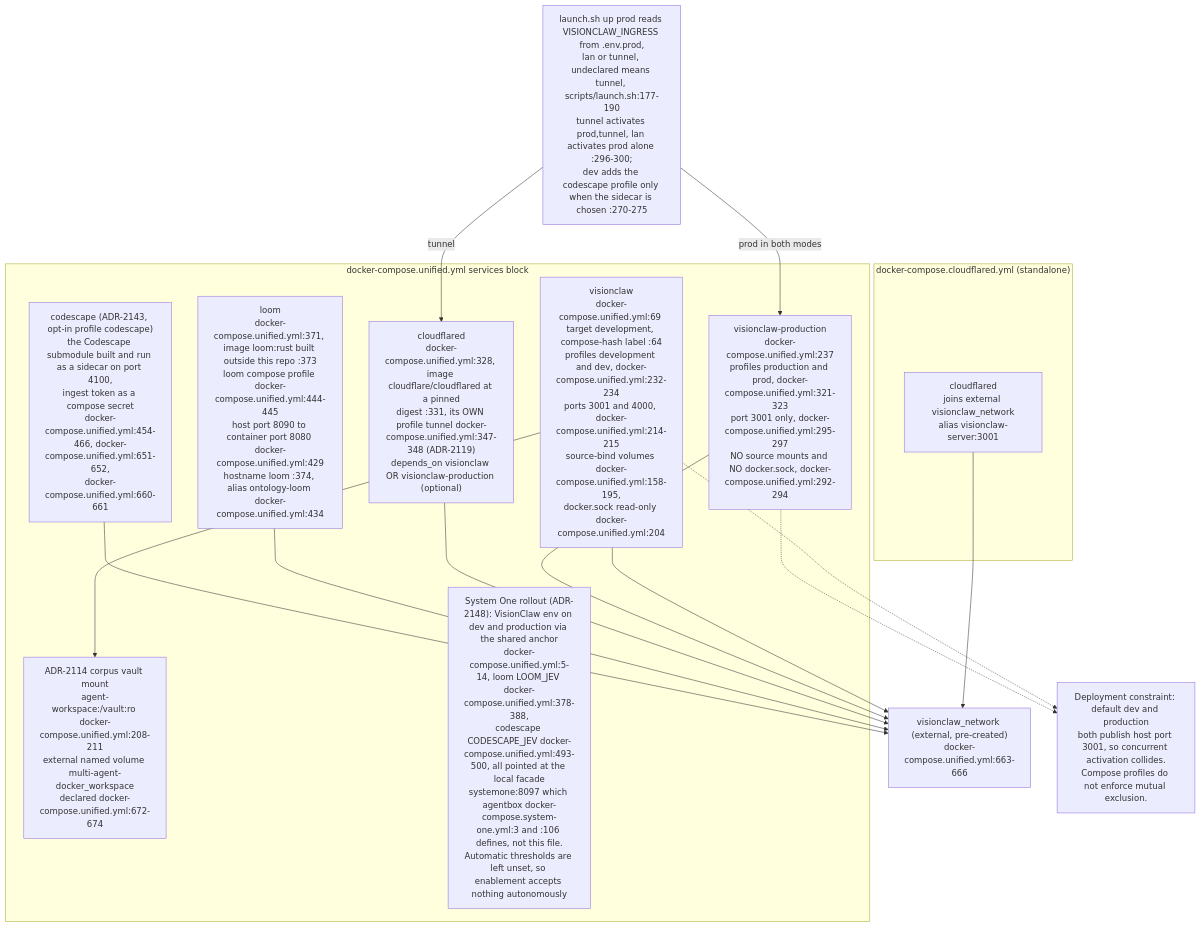
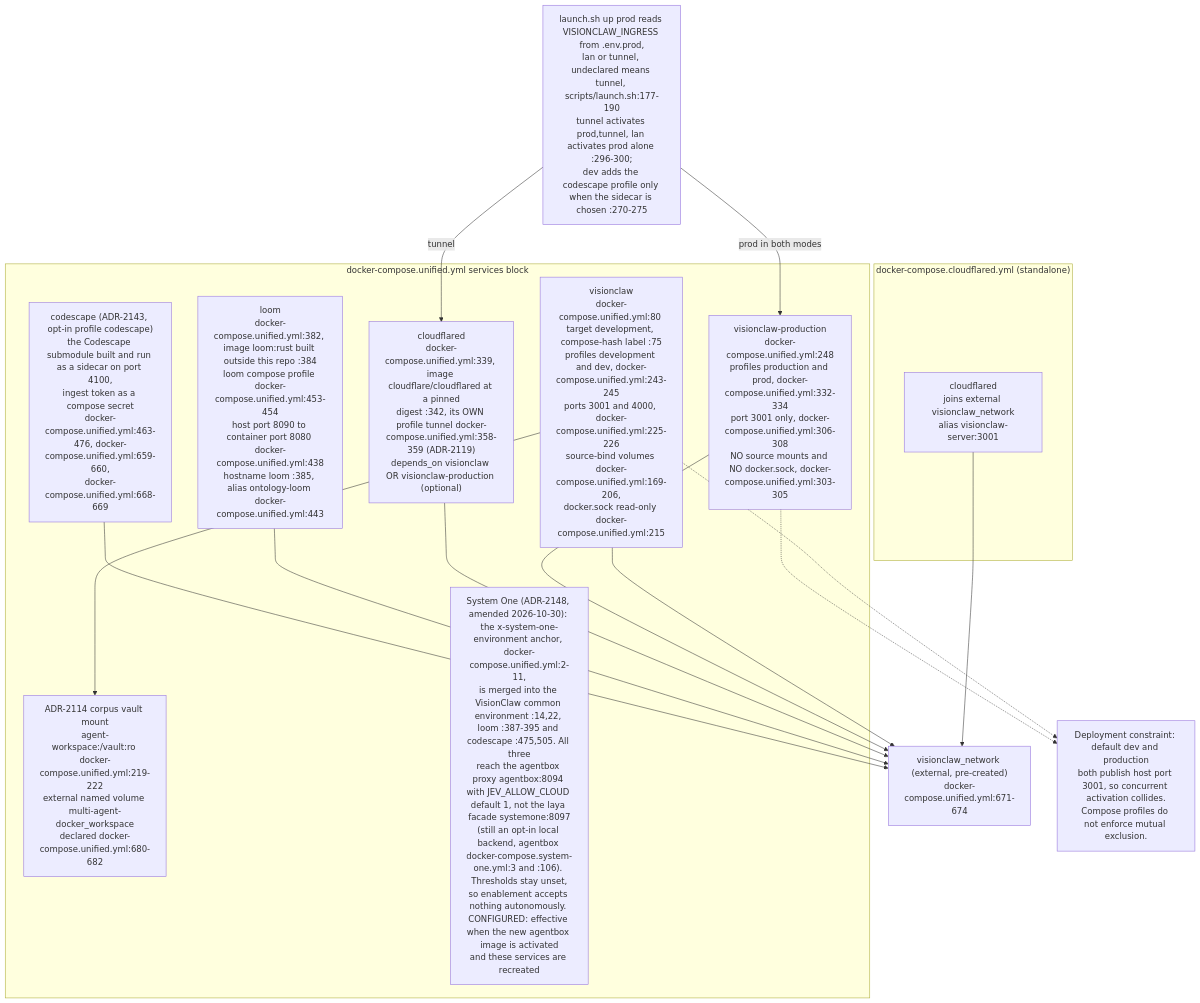
One commit to DreamLab-AI/VisionFlow changed the eighth of 24 diagrams in docs/diagrams/estate/09-build-deploy-and-ci-estate.md. Above: the diagram before and after it, drawn with Mermaid. The commit also changed other lines of this file and 142 other files, not shown here.

First line of the commit message:
docs(diagrams): one System One route; re-verify 140 topics at today's heads

````diff
--- a/docs/diagrams/estate/09-build-deploy-and-ci-estate.md
+++ b/docs/diagrams/estate/09-build-deploy-and-ci-estate.md
@@ -302,31 +302,31 @@
 ```mermaid
 flowchart TB
     subgraph PROFILES["docker-compose.unified.yml services block"]
-        DEVSVC["visionclaw<br/>docker-compose.unified.yml:69 target development, compose-hash label :64<br/>profiles development and dev, docker-compose.unified.yml:232-234<br/>ports 3001 and 4000, docker-compose.unified.yml:214-215<br/>source-bind volumes docker-compose.unified.yml:158-195,<br/>docker.sock read-only docker-compose.unified.yml:204"]
-        VAULTMOUNT["ADR-2114 corpus vault mount<br/>agent-workspace:/vault:ro docker-compose.unified.yml:208-211<br/>external named volume multi-agent-docker_workspace<br/>declared docker-compose.unified.yml:672-674"]
-        PRODSVC["visionclaw-production<br/>docker-compose.unified.yml:237<br/>profiles production and prod, docker-compose.unified.yml:321-323<br/>port 3001 only, docker-compose.unified.yml:295-297<br/>NO source mounts and NO docker.sock, docker-compose.unified.yml:292-294"]
-        CLOUDFLARED["cloudflared<br/>docker-compose.unified.yml:328, image cloudflare/cloudflared at a pinned<br/>digest :331, its OWN profile tunnel docker-compose.unified.yml:347-348 (ADR-2119)<br/>depends_on visionclaw OR visionclaw-production (optional)"]
-        LOOM["loom<br/>docker-compose.unified.yml:371, image loom:rust built outside this repo :373<br/>loom compose profile docker-compose.unified.yml:444-445<br/>host port 8090 to container port 8080 docker-compose.unified.yml:429<br/>hostname loom :374, alias ontology-loom docker-compose.unified.yml:434"]
-        CODESCAPE["codescape (ADR-2143, opt-in profile codescape)<br/>the Codescape submodule built and run as a sidecar on port 4100,<br/>ingest token as a compose secret<br/>docker-compose.unified.yml:454-466, docker-compose.unified.yml:651-652,<br/>docker-compose.unified.yml:660-661"]
-        SYS1["System One rollout (ADR-2148): VisionClaw env on dev and production via the shared anchor<br/>docker-compose.unified.yml:5-14, loom LOOM_JEV docker-compose.unified.yml:378-388,<br/>codescape CODESCAPE_JEV docker-compose.unified.yml:493-500, all pointed at the local facade<br/>systemone:8097 which agentbox docker-compose.system-one.yml:3 and :106 defines, not this file.<br/>Automatic thresholds are left unset, so enablement accepts nothing autonomously"]
+        DEVSVC["visionclaw<br/>docker-compose.unified.yml:80 target development, compose-hash label :75<br/>profiles development and dev, docker-compose.unified.yml:243-245<br/>ports 3001 and 4000, docker-compose.unified.yml:225-226<br/>source-bind volumes docker-compose.unified.yml:169-206,<br/>docker.sock read-only docker-compose.unified.yml:215"]
+        VAULTMOUNT["ADR-2114 corpus vault mount<br/>agent-workspace:/vault:ro docker-compose.unified.yml:219-222<br/>external named volume multi-agent-docker_workspace<br/>declared docker-compose.unified.yml:680-682"]
+        PRODSVC["visionclaw-production<br/>docker-compose.unified.yml:248<br/>profiles production and prod, docker-compose.unified.yml:332-334<br/>port 3001 only, docker-compose.unified.yml:306-308<br/>NO source mounts and NO docker.sock, docker-compose.unified.yml:303-305"]
+        CLOUDFLARED["cloudflared<br/>docker-compose.unified.yml:339, image cloudflare/cloudflared at a pinned<br/>digest :342, its OWN profile tunnel docker-compose.unified.yml:358-359 (ADR-2119)<br/>depends_on visionclaw OR visionclaw-production (optional)"]
+        LOOM["loom<br/>docker-compose.unified.yml:382, image loom:rust built outside this repo :384<br/>loom compose profile docker-compose.unified.yml:453-454<br/>host port 8090 to container port 8080 docker-compose.unified.yml:438<br/>hostname loom :385, alias ontology-loom docker-compose.unified.yml:443"]
+        CODESCAPE["codescape (ADR-2143, opt-in profile codescape)<br/>the Codescape submodule built and run as a sidecar on port 4100,<br/>ingest token as a compose secret<br/>docker-compose.unified.yml:463-476, docker-compose.unified.yml:659-660,<br/>docker-compose.unified.yml:668-669"]
+        SYS1["System One (ADR-2148, amended 2026-10-30): the x-system-one-environment anchor, docker-compose.unified.yml:2-11,<br/>is merged into the VisionClaw common environment :14,22, loom :387-395 and codescape :475,505. All three<br/>reach the agentbox proxy agentbox:8094 with JEV_ALLOW_CLOUD default 1, not the laya facade systemone:8097<br/>(still an opt-in local backend, agentbox docker-compose.system-one.yml:3 and :106). Thresholds stay unset,<br/>so enablement accepts nothing autonomously. CONFIGURED: effective when the new agentbox image is activated<br/>and these services are recreated"]
     end
     subgraph EXTFILE["docker-compose.cloudflared.yml (standalone)"]
         CFSTANDALONE["cloudflared<br/>joins external visionclaw_network<br/>alias visionclaw-server:3001"]
     end
-    NET["visionclaw_network (external, pre-created)<br/>docker-compose.unified.yml:663-666"]
+    NET["visionclaw_network (external, pre-created)<br/>docker-compose.unified.yml:671-674"]
     INGRESS["launch.sh up prod reads VISIONCLAW_INGRESS from .env.prod,<br/>lan or tunnel, undeclared means tunnel, scripts/launch.sh:177-190<br/>tunnel activates prod,tunnel, lan activates prod alone :296-300;<br/>dev adds the codescape profile only when the sidecar is chosen :270-275"]
     INGRESS -->|"tunnel"| CLOUDFLARED
     INGRESS -->|"prod in both modes"| PRODSVC
 
     DEVSVC --> VAULTMOUNT
     DEVSVC --> NET
     PRODSVC --> NET
     CLOUDFLARED --> NET
     LOOM --> NET
     CODESCAPE --> NET
     CFSTANDALONE --> NET
 
     GATE["Deployment constraint: default dev and production<br/>both publish host port 3001, so concurrent activation collides.<br/>Compose profiles do not enforce mutual exclusion."]
     DEVSVC -.-> GATE
     PRODSVC -.-> GATE
 ```
````
